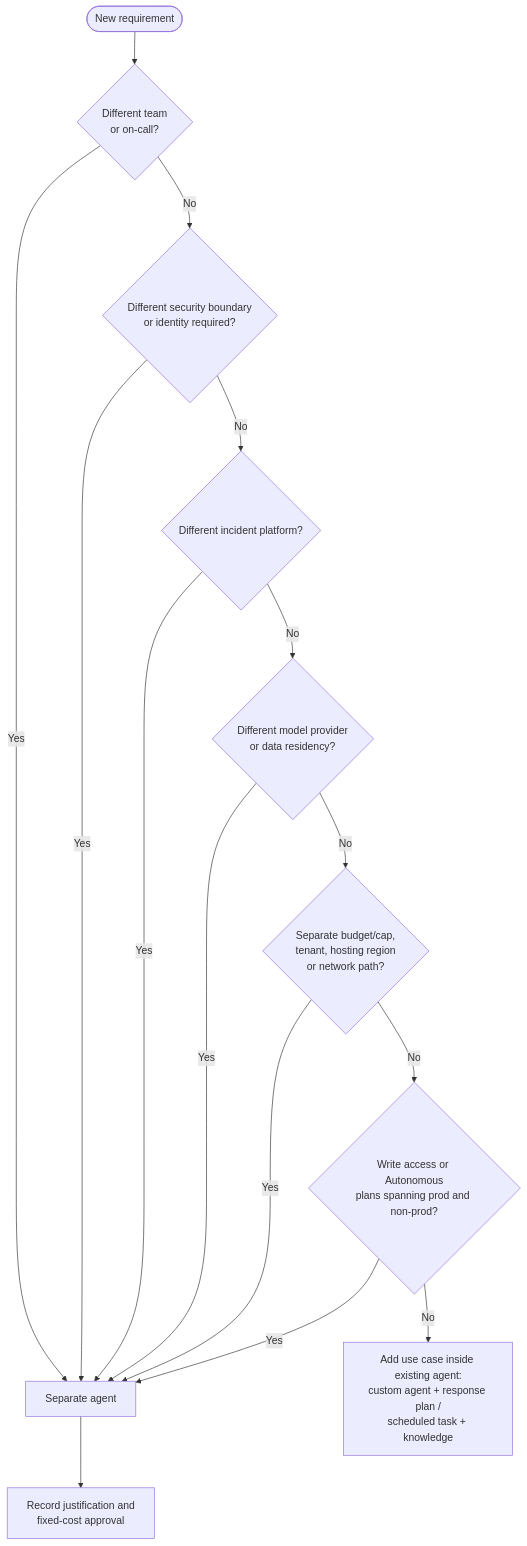
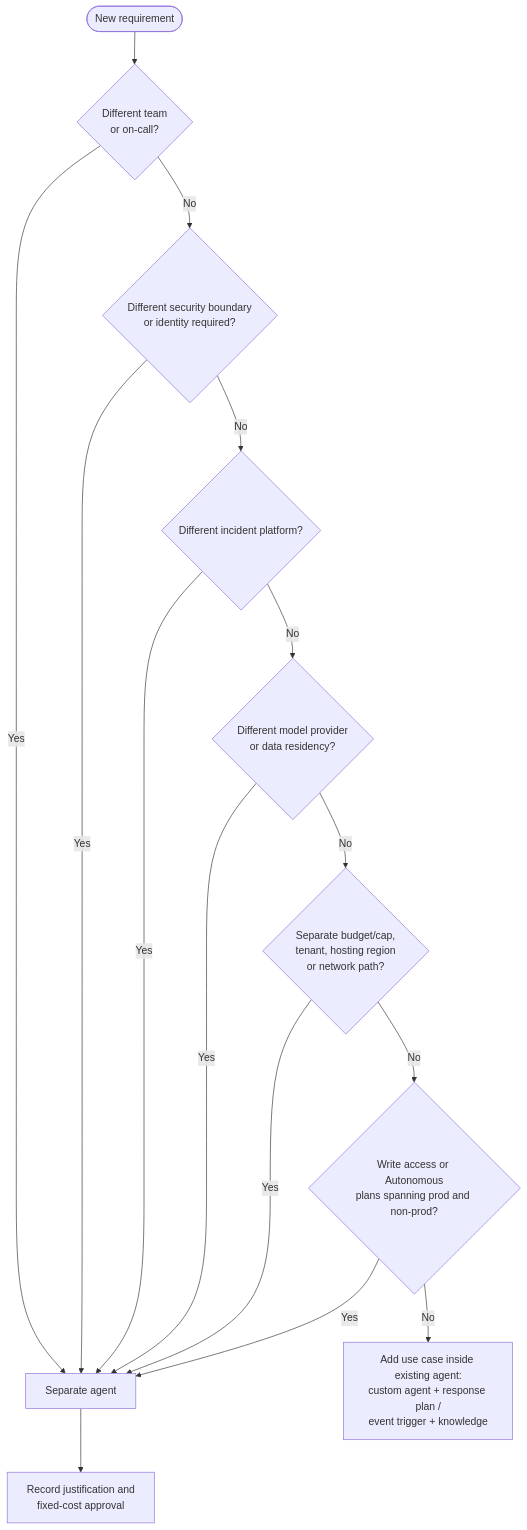
One commit to bram-boer/Azure-SRE-for-Azure-Foundation changed the second of 2 diagrams in STARTERKIT.md. Above: the diagram before and after it, drawn with Mermaid. The commit also changed other lines of this file and 9 other files, not shown here.

````diff
--- a/STARTERKIT.md
+++ b/STARTERKIT.md
@@ -265,17 +267,17 @@
 ```mermaid
 flowchart TD
   start([New requirement]) --> q1{Different team<br/>or on-call?}
   q1 -->|Yes| new[Separate agent]
   q1 -->|No| q2{Different security boundary<br/>or identity required?}
   q2 -->|Yes| new
   q2 -->|No| q3{Different incident platform?}
   q3 -->|Yes| new
   q3 -->|No| q4{Different model provider<br/>or data residency?}
   q4 -->|Yes| new
   q4 -->|No| q5{Separate budget/cap,<br/>tenant, hosting region<br/>or network path?}
   q5 -->|Yes| new
   q5 -->|No| q6{Write access or Autonomous<br/>plans spanning prod and non-prod?}
   q6 -->|Yes| new
-  q6 -->|No| uc[Add use case inside existing agent:<br/>custom agent + response plan /<br/>scheduled task + knowledge]
+  q6 -->|No| uc[Add use case inside existing agent:<br/>custom agent + response plan /<br/>event trigger + knowledge]
   new --> cost[Record justification and<br/>fixed-cost approval]
 ```
````
